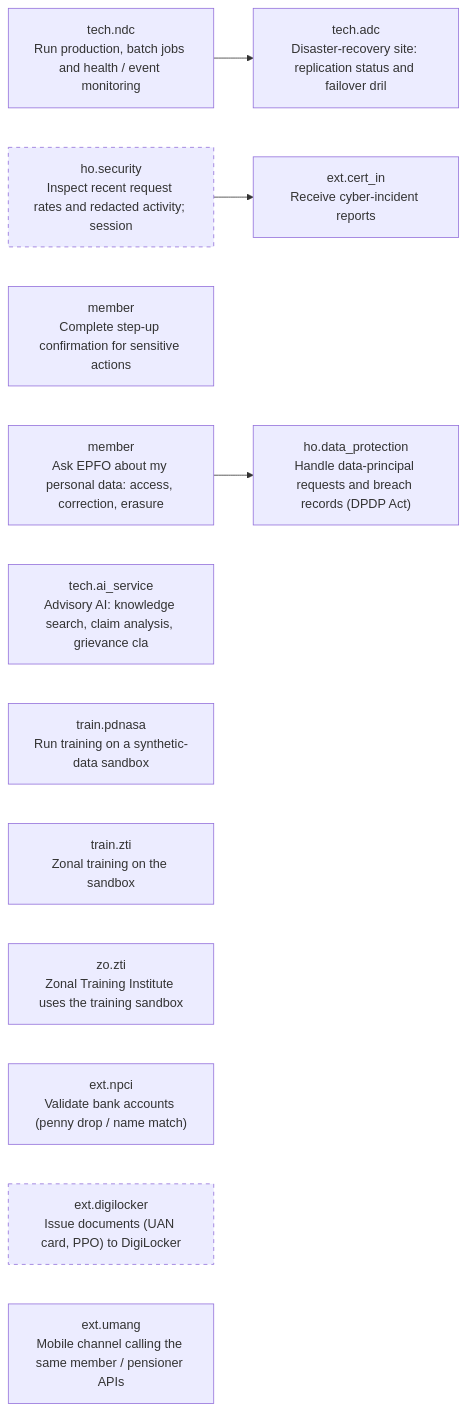
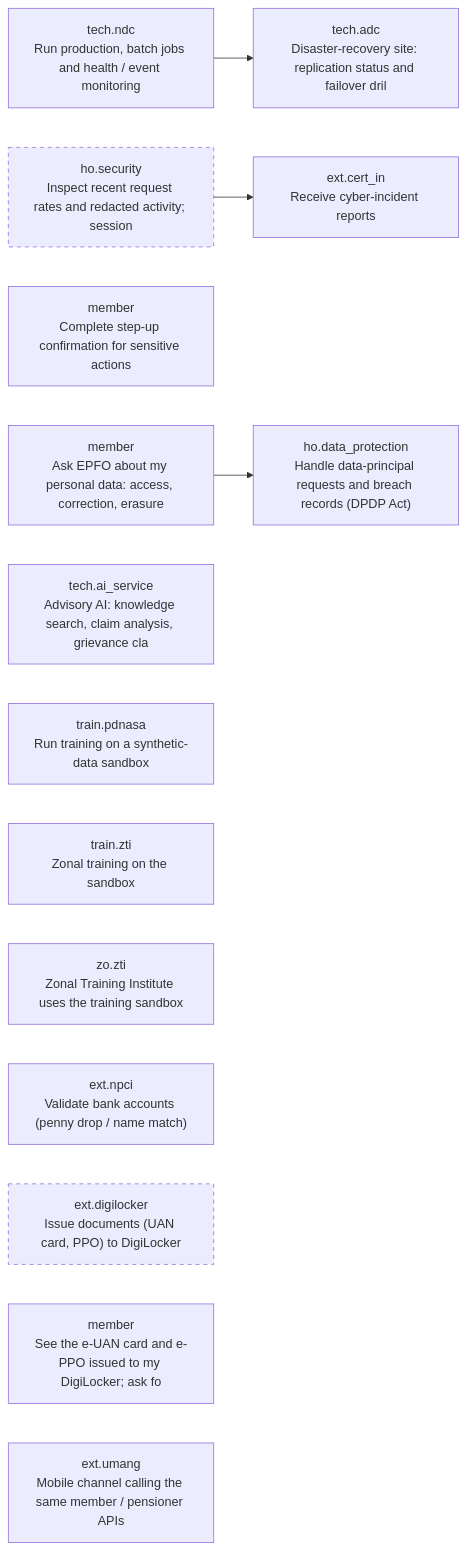
Before and after one commit to gauravmeena0708/pf-life: diagram 14 of 14 in docs/stakeholder-api-sets.md, drawn with Mermaid. The commit also changed other lines of this file and 54 other files, not shown here.

````diff
--- a/docs/stakeholder-api-sets.md
+++ b/docs/stakeholder-api-sets.md
@@ -2086,22 +2107,23 @@
 ```mermaid
 flowchart LR
   F14_ndc["tech.ndc<br/>Run production, batch jobs and health / event monitoring"]
   F14_adc["tech.adc<br/>Disaster-recovery site: replication status and failover dril"]
   F14_security["ho.security<br/>Inspect recent request rates and redacted activity; session "]
   style F14_security stroke-dasharray: 5 5
   F14_cert_in["ext.cert_in<br/>Receive cyber-incident reports"]
   F14_step_up["member<br/>Complete step-up confirmation for sensitive actions"]
   F14_privacy_request["member<br/>Ask EPFO about my personal data: access, correction, erasure"]
   F14_privacy["ho.data_protection<br/>Handle data-principal requests and breach records (DPDP Act)"]
   F14_ai["tech.ai_service<br/>Advisory AI: knowledge search, claim analysis, grievance cla"]
   F14_training["train.pdnasa<br/>Run training on a synthetic-data sandbox"]
   F14_zti["train.zti<br/>Zonal training on the sandbox"]
   F14_zti_zo["zo.zti<br/>Zonal Training Institute uses the training sandbox"]
   F14_npci["ext.npci<br/>Validate bank accounts (penny drop / name match)"]
   F14_digilocker["ext.digilocker<br/>Issue documents (UAN card, PPO) to DigiLocker"]
   style F14_digilocker stroke-dasharray: 5 5
+  F14_digilocker_member["member<br/>See the e-UAN card and e-PPO issued to my DigiLocker; ask fo"]
   F14_umang["ext.umang<br/>Mobile channel calling the same member / pensioner APIs"]
   F14_ndc --> F14_adc
   F14_security --> F14_cert_in
   F14_privacy_request --> F14_privacy
 ```
````
